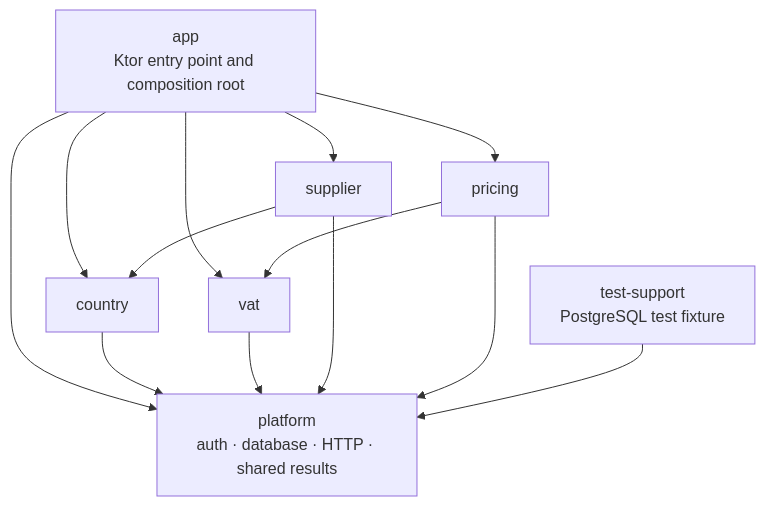
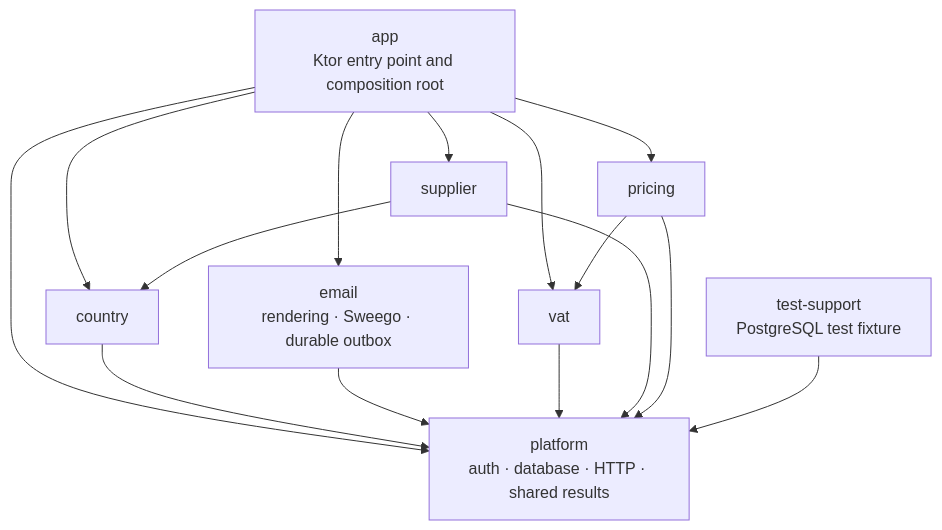
The diagram in docs/dev/backend/module-architecture.md (bitstorm-tech/voenix-shop-kotlin), drawn with Mermaid before and after one commit. The commit also changed other lines of this file and 58 other files, not shown here.

````diff
--- a/docs/dev/backend/module-architecture.md
+++ b/docs/dev/backend/module-architecture.md
@@ -34,23 +34,26 @@
 ```mermaid
 flowchart TD
     App["app<br/>Ktor entry point and composition root"]
     Platform["platform<br/>auth · database · HTTP · shared results"]
     Country["country"]
+    Email["email<br/>rendering · Sweego · durable outbox"]
     Vat["vat"]
     Supplier["supplier"]
     Pricing["pricing"]
     TestSupport["test-support<br/>PostgreSQL test fixture"]
 
     App --> Platform
     App --> Country
+    App --> Email
     App --> Vat
     App --> Supplier
     App --> Pricing
     Country --> Platform
+    Email --> Platform
     Vat --> Platform
     Supplier --> Platform
     Supplier --> Country
     Pricing --> Platform
     Pricing --> Vat
     TestSupport --> Platform
 ```
````
